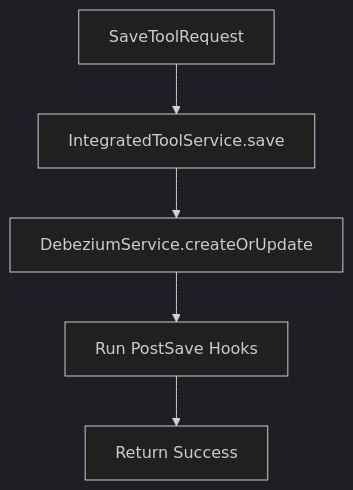
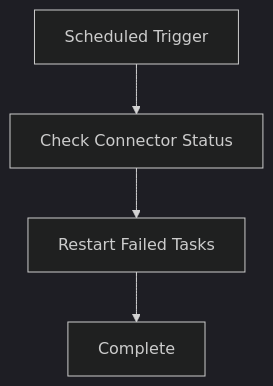
Before and after one commit to flamingo-stack/openframe-oss-lib: the fourth of 5 diagrams in docs/reference/architecture/management-service-core/management-service-core.md, drawn with Mermaid (dark theme). The commit also changed other lines of this file and 212 other files, not shown here.

````diff
--- a/docs/reference/architecture/management-service-core/management-service-core.md
+++ b/docs/reference/architecture/management-service-core/management-service-core.md
@@ -275,7 +316,6 @@
 ```mermaid
 flowchart TD
-    Request["SaveToolRequest"] --> Save["IntegratedToolService.save"]
-    Save --> CreateDebezium["DebeziumService.createOrUpdate"]
-    CreateDebezium --> Hooks["Run PostSave Hooks"]
-    Hooks --> Response["Return Success"]
+    Trigger["Scheduled Trigger"] --> Check["Check Connector Status"]
+    Check --> Restart["Restart Failed Tasks"]
+    Restart --> Done["Complete"]
 ```
````
